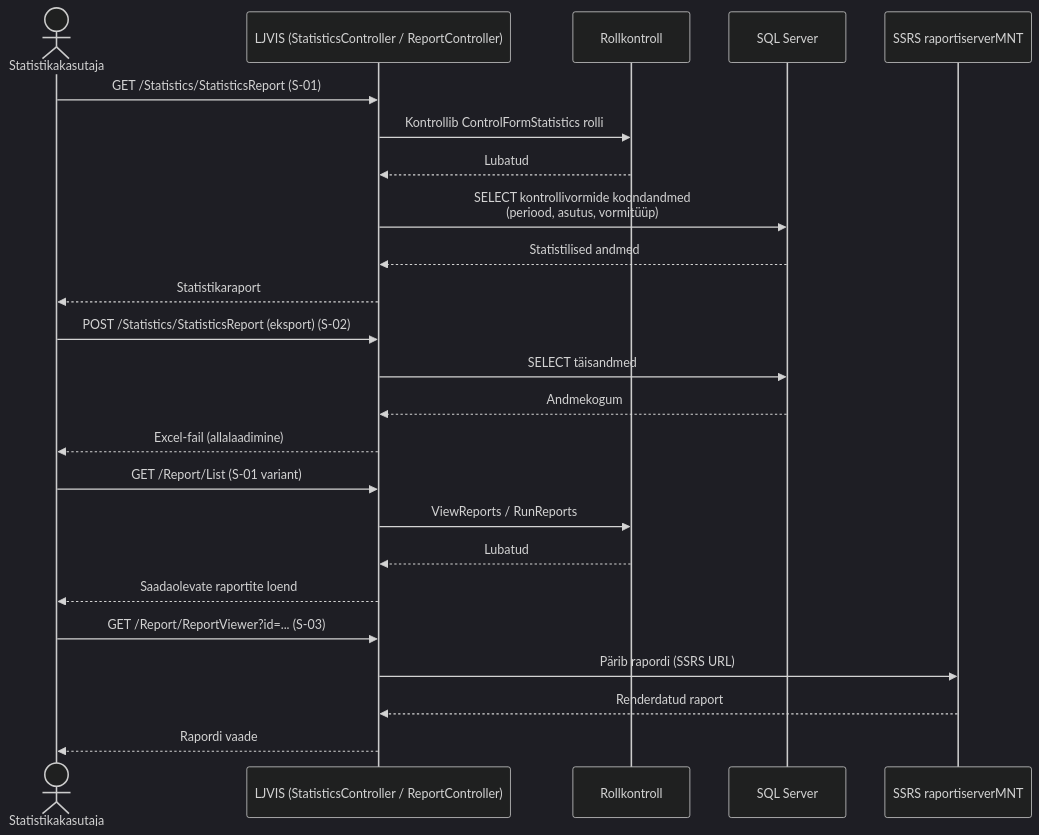
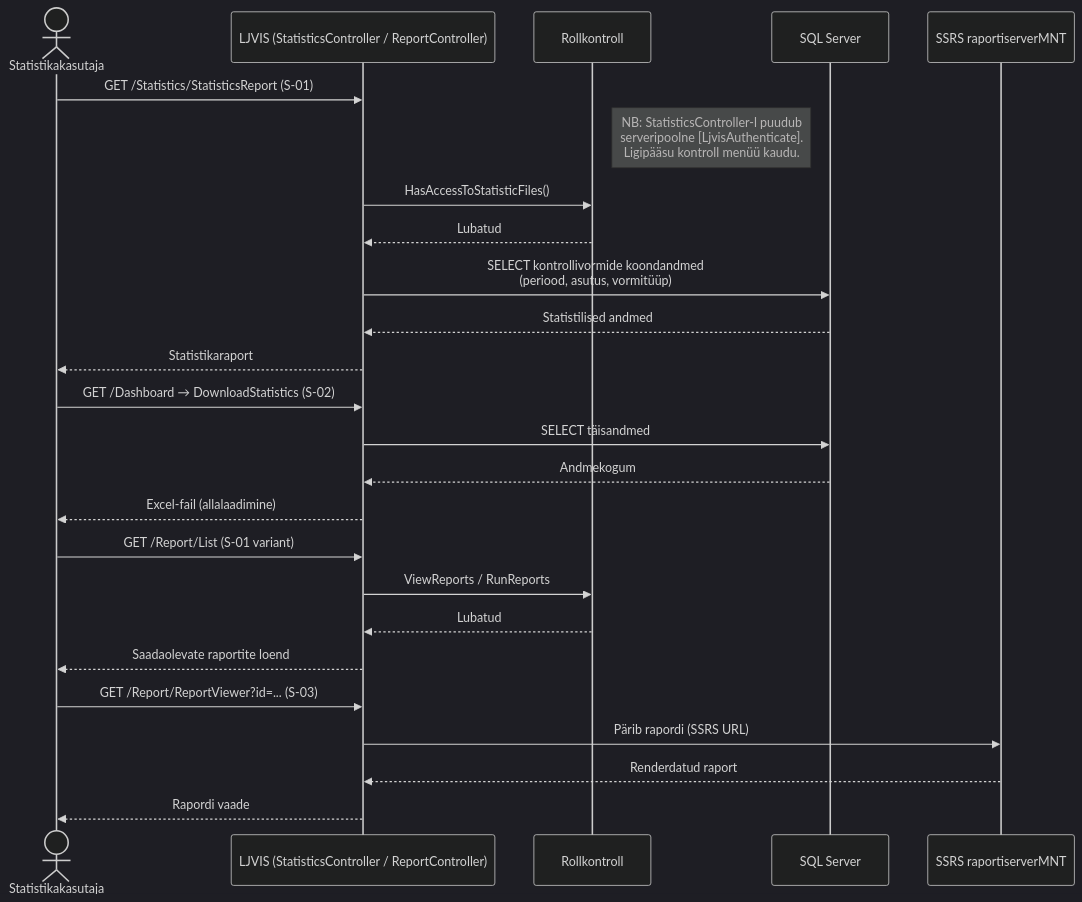
Before and after one commit to kemit-ee/ljvis-2: diagram 13 of 19 in architecture/use-cases.md, drawn with Mermaid (dark theme). The commit also changed other lines of this file, not shown here.

````diff
--- a/architecture/use-cases.md
+++ b/architecture/use-cases.md
@@ -677,30 +713,31 @@
 ```mermaid
 sequenceDiagram
     actor Kasutaja as Statistikakasutaja
     participant UI as LJVIS (StatisticsController / ReportController)
     participant Auth as Rollkontroll
     participant DB as SQL Server
     participant SSRS as SSRS raportiserverMNT
 
     Kasutaja->>UI: GET /Statistics/StatisticsReport (S-01)
-    UI->>Auth: Kontrollib ControlFormStatistics rolli
+    Note right of Auth: NB: StatisticsController-l puudub<br/>serveripoolne [LjvisAuthenticate].<br/>Ligipääsu kontroll menüü kaudu.
+    UI->>Auth: HasAccessToStatisticFiles()
     Auth-->>UI: Lubatud
     UI->>DB: SELECT kontrollivormide koondandmed<br/>(periood, asutus, vormitüüp)
     DB-->>UI: Statistilised andmed
     UI-->>Kasutaja: Statistikaraport
 
-    Kasutaja->>UI: POST /Statistics/StatisticsReport (eksport) (S-02)
+    Kasutaja->>UI: GET /Dashboard → DownloadStatistics (S-02)
     UI->>DB: SELECT täisandmed
     DB-->>UI: Andmekogum
     UI-->>Kasutaja: Excel-fail (allalaadimine)
 
     Kasutaja->>UI: GET /Report/List (S-01 variant)
     UI->>Auth: ViewReports / RunReports
     Auth-->>UI: Lubatud
     UI-->>Kasutaja: Saadaolevate raportite loend
 
     Kasutaja->>UI: GET /Report/ReportViewer?id=... (S-03)
     UI->>SSRS: Pärib rapordi (SSRS URL)
     SSRS-->>UI: Renderdatud raport
     UI-->>Kasutaja: Rapordi vaade
 ```
````
